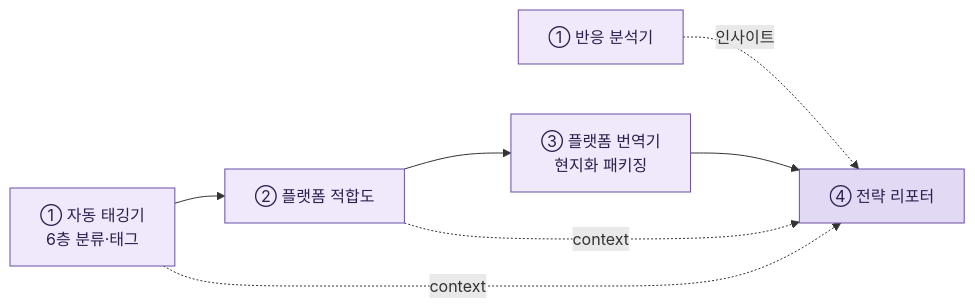
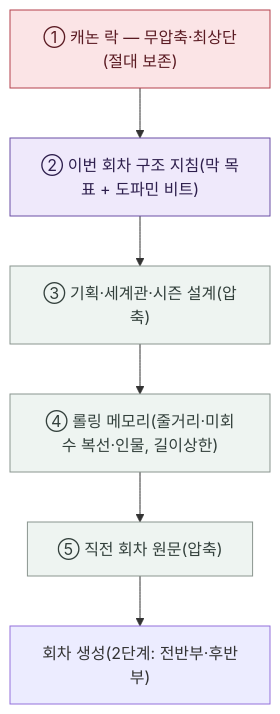
One commit to swparklab/webnovel-ip-agent changed the third of 5 diagrams in paper.md. Above: the diagram before and after it, drawn with Mermaid. The commit also changed other lines of this file, not shown here.

````diff
--- a/paper.md
+++ b/paper.md
@@ -200,16 +123,13 @@
 ```mermaid
-flowchart LR
-    T["① 자동 태깅기<br/>6층 분류·태그"]
-    Rx["① 반응 분석기"]
-    Fi["② 플랫폼 적합도"]
-    Pk["③ 플랫폼 번역기<br/>현지화 패키징"]
-    St["④ 전략 리포터"]
-    T --> Fi --> Pk --> St
-    T -. context .-> St
-    Fi -. context .-> St
-    Rx -. 인사이트 .-> St
-    classDef o fill:#efe9fb,stroke:#6b4ea5,color:#2e1f4d
-    classDef h fill:#e2d9f5,stroke:#6b4ea5,color:#2e1f4d
-    class T,Rx,Fi,Pk o
-    class St h
+flowchart TB
+    C1["① 캐논 락 — 무압축·최상단(절대 보존)"]
+    C2["② 이번 회차 구조 지침(막 목표 + 도파민 비트)"]
+    C3["③ 기획·세계관·시즌 설계(압축)"]
+    C4["④ 롤링 메모리(줄거리·미회수 복선·인물, 길이상한)"]
+    C5["⑤ 직전 회차 원문(압축)"]
+    C1 --> C2 --> C3 --> C4 --> C5 --> GEN["회차 생성(2단계: 전반부·후반부)"]
+    classDef lock fill:#fbe4e6,stroke:#b4414d,color:#5a1a22
+    classDef plan fill:#efe9fb,stroke:#6b4ea5,color:#2e1f4d
+    classDef soft fill:#eef4f1,stroke:#8a958f,color:#33403c
+    class C1 lock; class C2 plan; class C3,C4,C5 soft
 ```
````
